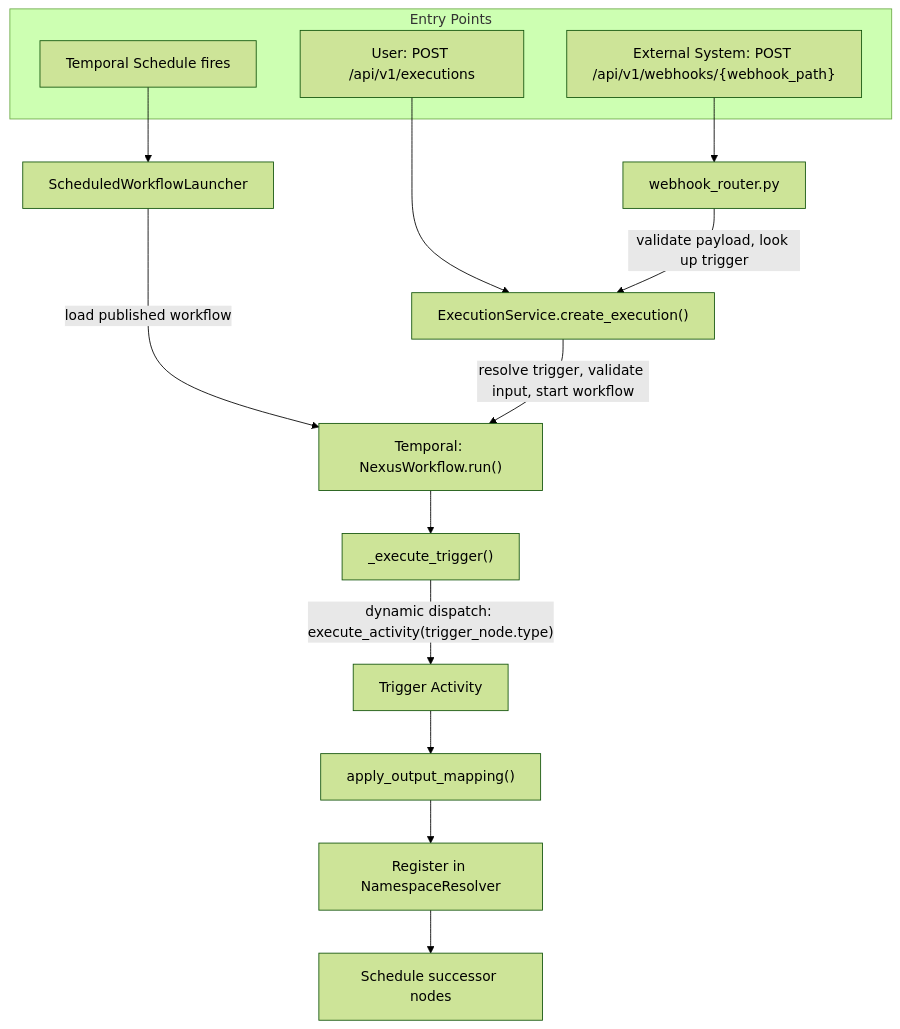
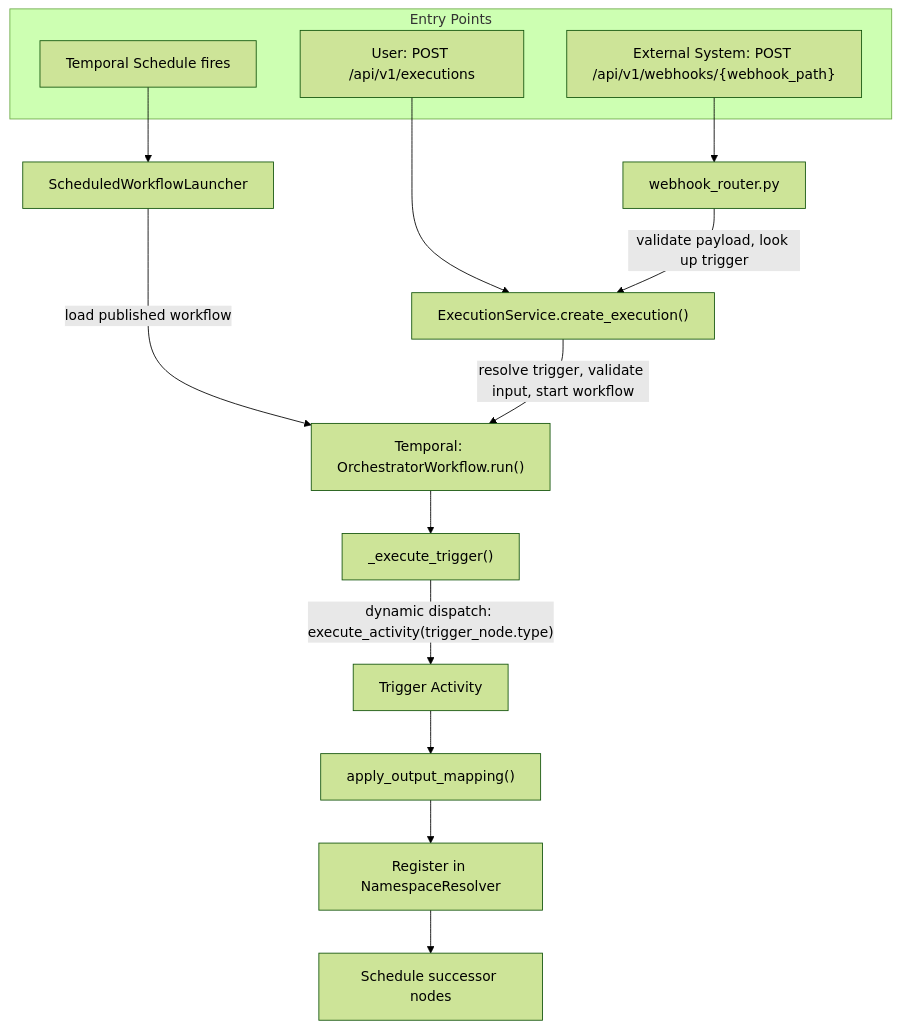
The diagram in backend/docs/workflow-engine/triggers/overview.md (alinabuzachis/syntara), drawn with Mermaid (forest theme) before and after one commit. The commit also changed 341 other files, not shown here.

````diff
--- a/backend/docs/workflow-engine/triggers/overview.md
+++ b/backend/docs/workflow-engine/triggers/overview.md
@@ -15,22 +15,22 @@
 ```mermaid
 flowchart TD
     subgraph Entry Points
         A["User: POST /api/v1/executions"]
         B["External System: POST /api/v1/webhooks/{webhook_path}"]
         C["Temporal Schedule fires"]
     end
 
     A --> D["ExecutionService.create_execution()"]
     B --> R["webhook_router.py"]
     R -->|"validate payload, look up trigger"| D
 
     C --> L["ScheduledWorkflowLauncher"]
     L -->|"load published workflow"| T
 
-    D -->|"resolve trigger, validate input, start workflow"| T["Temporal: NexusWorkflow.run()"]
+    D -->|"resolve trigger, validate input, start workflow"| T["Temporal: OrchestratorWorkflow.run()"]
     T --> E["_execute_trigger()"]
     E -->|"dynamic dispatch: execute_activity(trigger_node.type)"| ACT["Trigger Activity"]
     ACT --> O["apply_output_mapping()"]
     O --> NS["Register in NamespaceResolver"]
     NS --> NEXT["Schedule successor nodes"]
 ```
````
